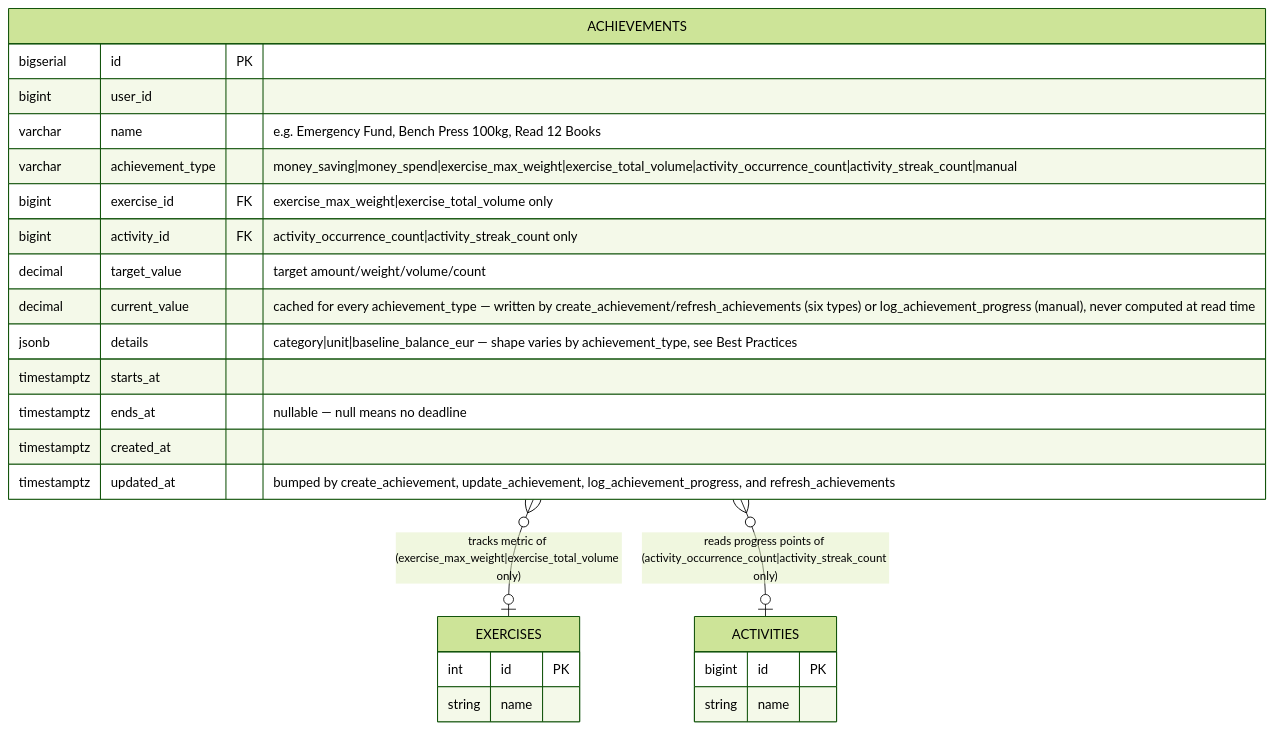
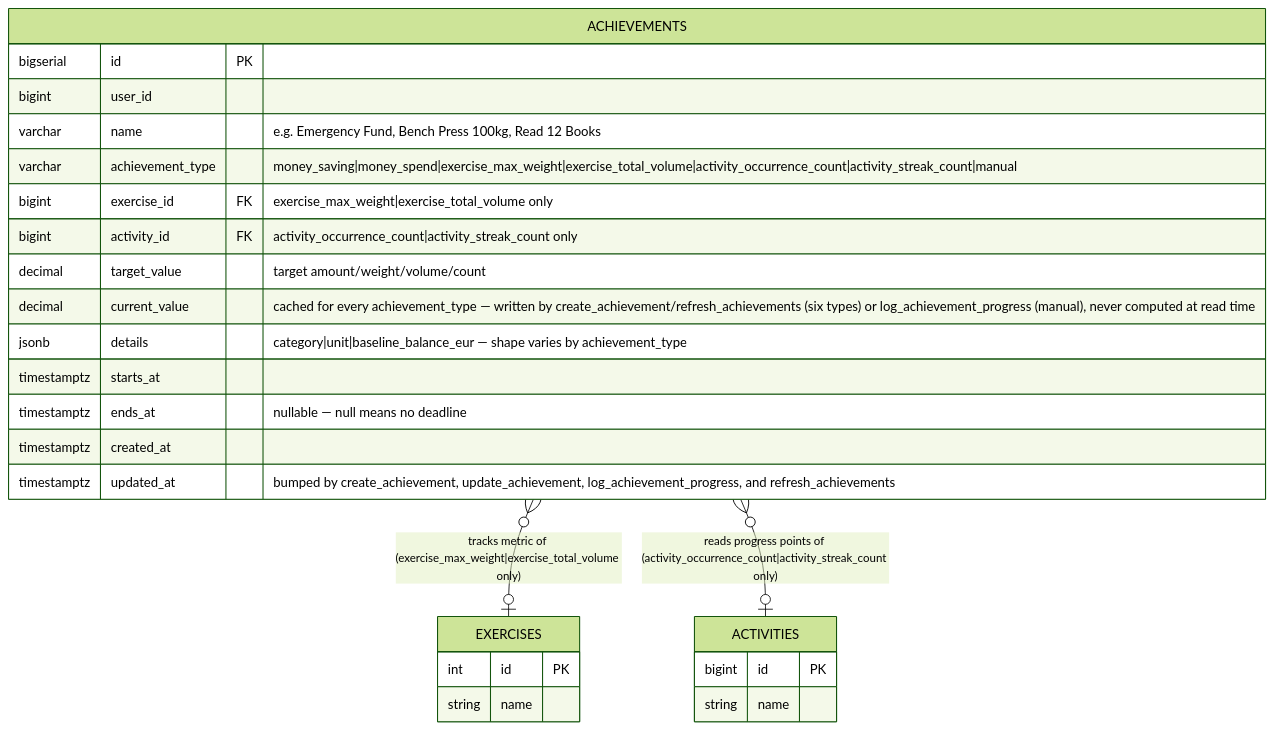
One commit to rusinikita/personal changed the first of 2 diagrams in docs/functions/achievements-spec.md. Above: the diagram before and after it, drawn with Mermaid (forest theme). The commit also changed other lines of this file and 10 other files, not shown here.

````diff
--- a/docs/functions/achievements-spec.md
+++ b/docs/functions/achievements-spec.md
@@ -84,31 +47,31 @@
 ```mermaid
 erDiagram
     ACHIEVEMENTS }o--o| EXERCISES : "tracks metric of (exercise_max_weight|exercise_total_volume only)"
     ACHIEVEMENTS }o--o| ACTIVITIES : "reads progress points of (activity_occurrence_count|activity_streak_count only)"
 
     ACHIEVEMENTS {
         bigserial id PK
         bigint user_id
         varchar name "e.g. Emergency Fund, Bench Press 100kg, Read 12 Books"
         varchar achievement_type "money_saving|money_spend|exercise_max_weight|exercise_total_volume|activity_occurrence_count|activity_streak_count|manual"
         bigint exercise_id FK "exercise_max_weight|exercise_total_volume only"
         bigint activity_id FK "activity_occurrence_count|activity_streak_count only"
         decimal target_value "target amount/weight/volume/count"
         decimal current_value "cached for every achievement_type — written by create_achievement/refresh_achievements (six types) or log_achievement_progress (manual), never computed at read time"
-        jsonb details "category|unit|baseline_balance_eur — shape varies by achievement_type, see Best Practices"
+        jsonb details "category|unit|baseline_balance_eur — shape varies by achievement_type"
         timestamptz starts_at
         timestamptz ends_at "nullable — null means no deadline"
         timestamptz created_at
         timestamptz updated_at "bumped by create_achievement, update_achievement, log_achievement_progress, and refresh_achievements"
     }
 
     EXERCISES {
         int id PK
         string name
     }
 
     ACTIVITIES {
         bigint id PK
         string name
     }
 ```
````
